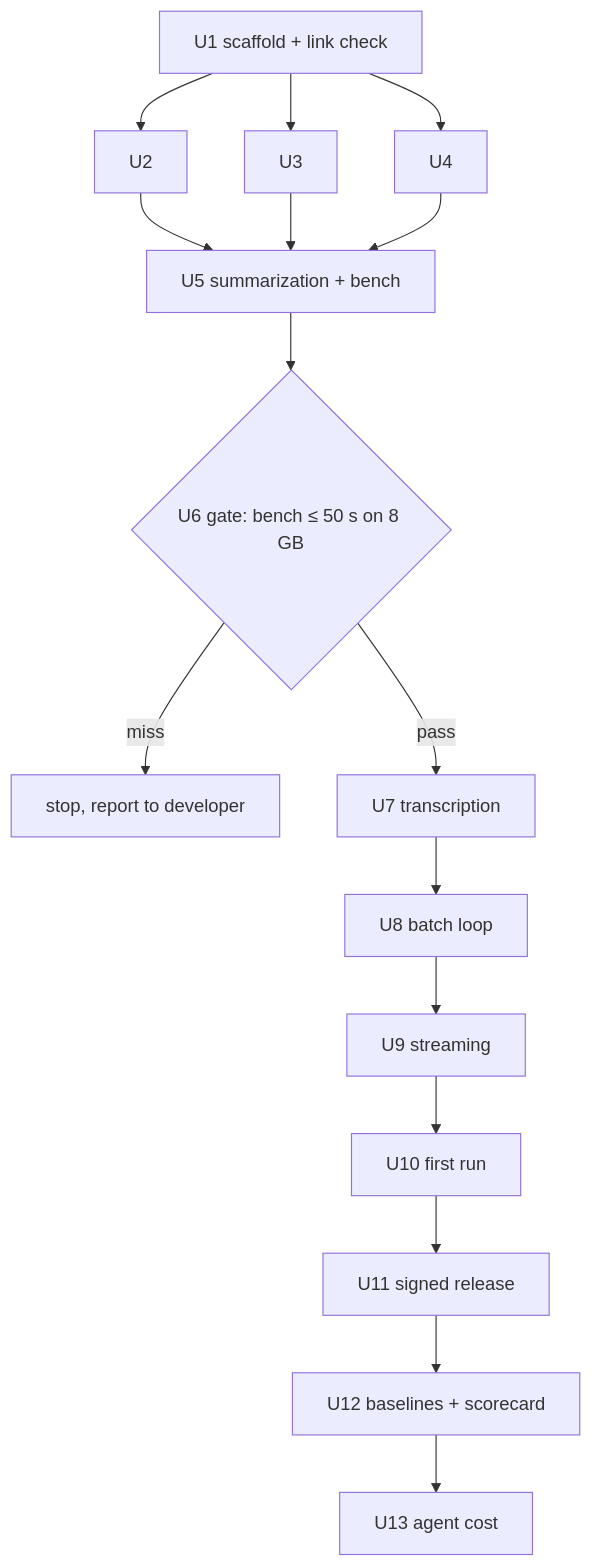
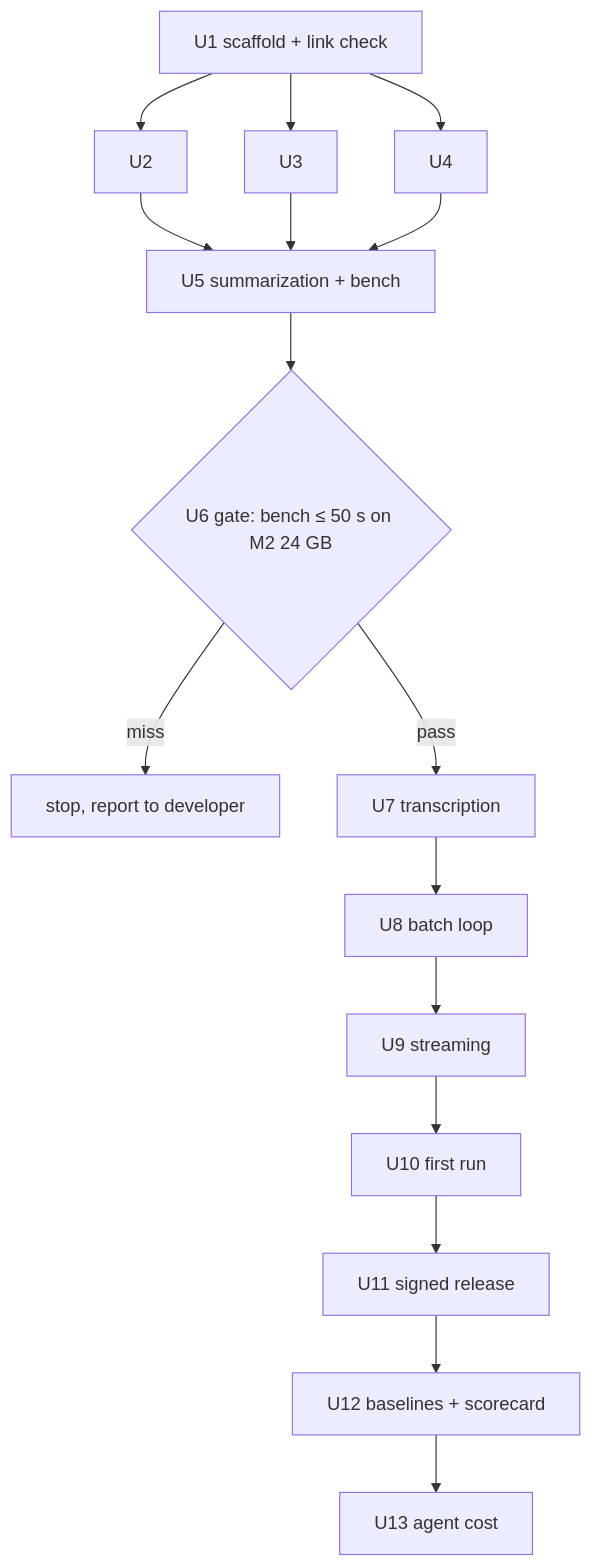
Before and after one commit to pi0neerpat/scribular-tauri: the third of 3 diagrams in plans/2026-10-19-2001-feat-tauri-rewrite-evidence-prototype-plan.md, drawn with Mermaid. The commit also changed other lines of this file and 1 other file, not shown here.

First line of the commit message:
docs: record U6 kill-gate pass on M2 24 GB

````diff
--- a/plans/2026-10-19-2001-feat-tauri-rewrite-evidence-prototype-plan.md
+++ b/plans/2026-10-19-2001-feat-tauri-rewrite-evidence-prototype-plan.md
@@ -247,10 +248,10 @@
 ```mermaid
 flowchart TD
   U1[U1 scaffold + link check] --> U2 & U3 & U4
   U2 & U3 & U4 --> U5[U5 summarization + bench]
-  U5 --> U6{U6 gate: bench ≤ 50 s on 8 GB}
+  U5 --> U6{U6 gate: bench ≤ 50 s on M2 24 GB}
   U6 -- miss --> STOP[stop, report to developer]
   U6 -- pass --> U7[U7 transcription]
   U7 --> U8[U8 batch loop] --> U9[U9 streaming] --> U10[U10 first run]
   U10 --> U11[U11 signed release] --> U12[U12 baselines + scorecard] --> U13[U13 agent cost]
 ```
````
